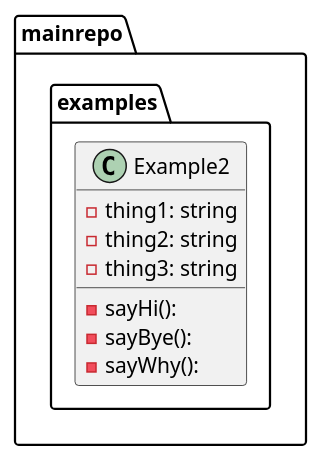
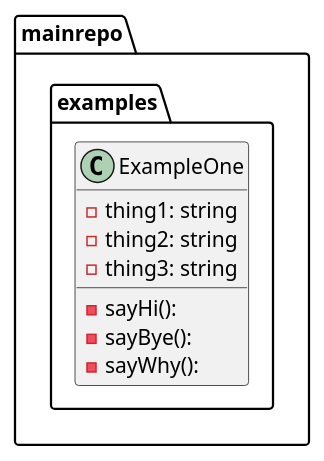
Before and after one commit to tbal999/pumlaction: the diagram in graph.puml, drawn with PlantUML. The commit also changed 1 other file, not shown here.

```diff
--- a/graph.puml
+++ b/graph.puml
@@ -1,13 +1,13 @@
 @startuml
 package ...mainrepo.examples{
-class Example2 {
+class ExampleOne {
 -thing1: string
 -thing2: string
 -thing3: string
 -sayHi(): 
 -sayBye(): 
 -sayWhy(): 
 }
 }
 
 @enduml
```
